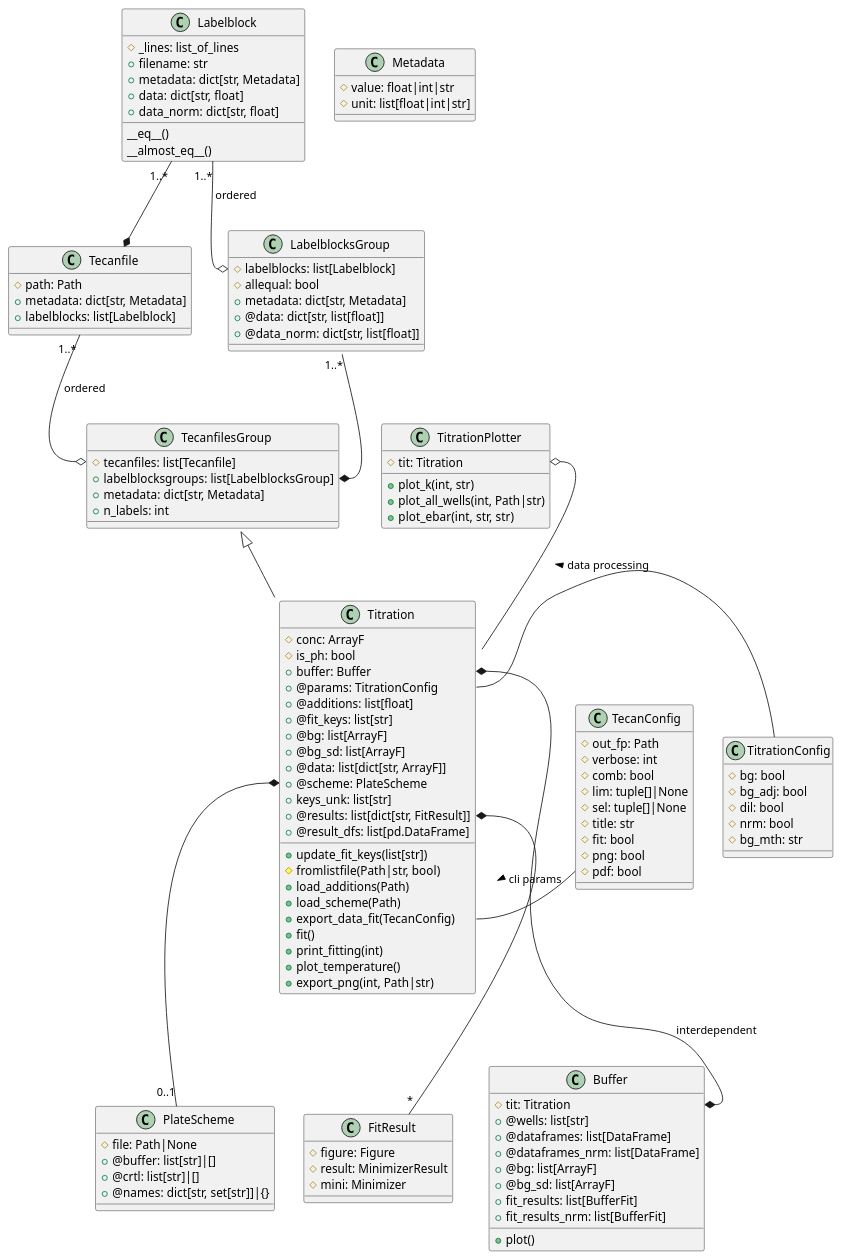
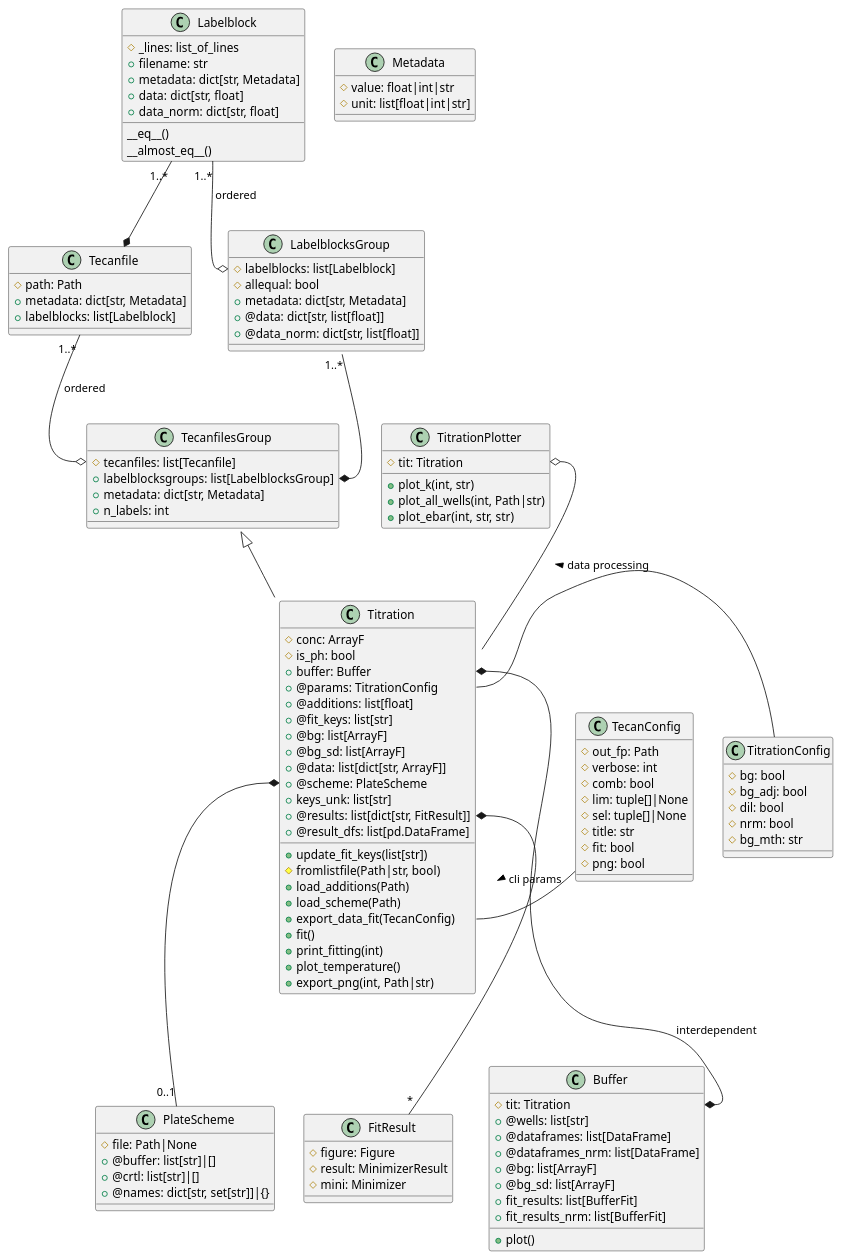
Before and after one commit to darosio/ClopHfit: the diagram in docs/references/prtecan.uml.rst, drawn with PlantUML. The commit also changed 4 other files, not shown here.

```diff
--- a/docs/references/prtecan.uml.rst
+++ b/docs/references/prtecan.uml.rst
@@ -68,7 +68,6 @@
      #title: str
      #fit: bool
      #png: bool
-     #pdf: bool
    }
 
    class Buffer{
```
